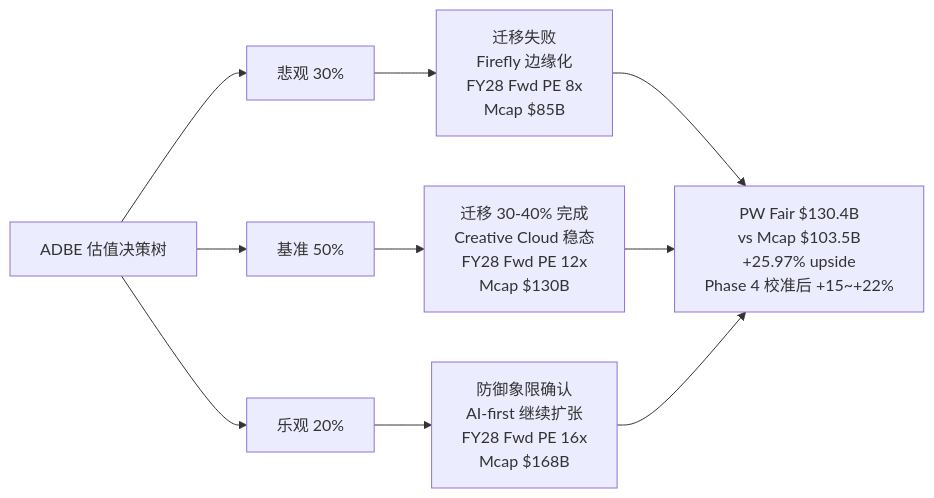
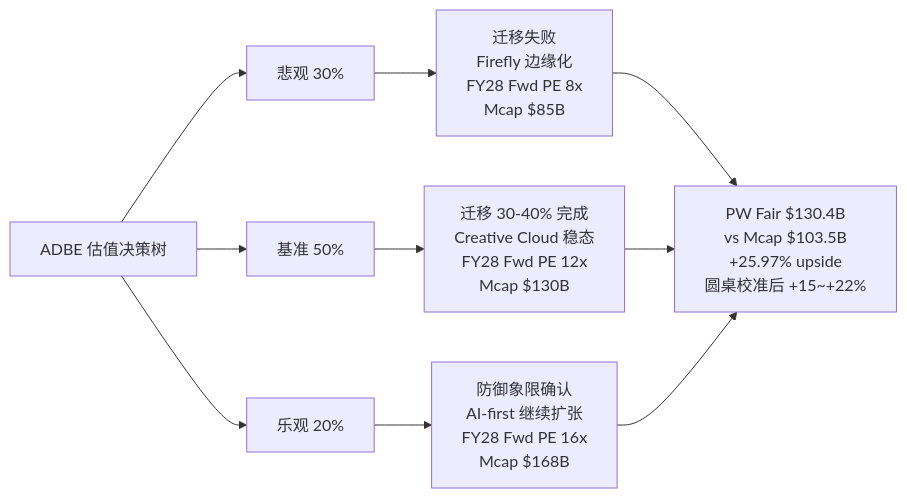
The second of 26 diagrams in reports/SAAS_SERIES_R1_CREATIVE/R1_complete_v1.md (miltonnewyork25-afk/investment-master), drawn with Mermaid before and after one commit. The commit also changed other lines of this file, not shown here.

````diff
--- a/reports/SAAS_SERIES_R1_CREATIVE/R1_complete_v1.md
+++ b/reports/SAAS_SERIES_R1_CREATIVE/R1_complete_v1.md
@@ -887,12 +884,12 @@
 ```mermaid
 flowchart LR
     A[ADBE 估值决策树] --> B[悲观 30%]
     A --> C[基准 50%]
     A --> D[乐观 20%]
     B --> B1[迁移失败<br/>Firefly 边缘化<br/>FY28 Fwd PE 8x<br/>Mcap $85B]
     C --> C1[迁移 30-40% 完成<br/>Creative Cloud 稳态<br/>FY28 Fwd PE 12x<br/>Mcap $130B]
     D --> D1[防御象限确认<br/>AI-first 继续扩张<br/>FY28 Fwd PE 16x<br/>Mcap $168B]
-    B1 --> E[PW Fair $130.4B<br/>vs Mcap $103.5B<br/>+25.97% upside<br/>Phase 4 校准后 +15~+22%]
+    B1 --> E[PW Fair $130.4B<br/>vs Mcap $103.5B<br/>+25.97% upside<br/>圆桌校准后 +15~+22%]
     C1 --> E
     D1 --> E
 ```
````
